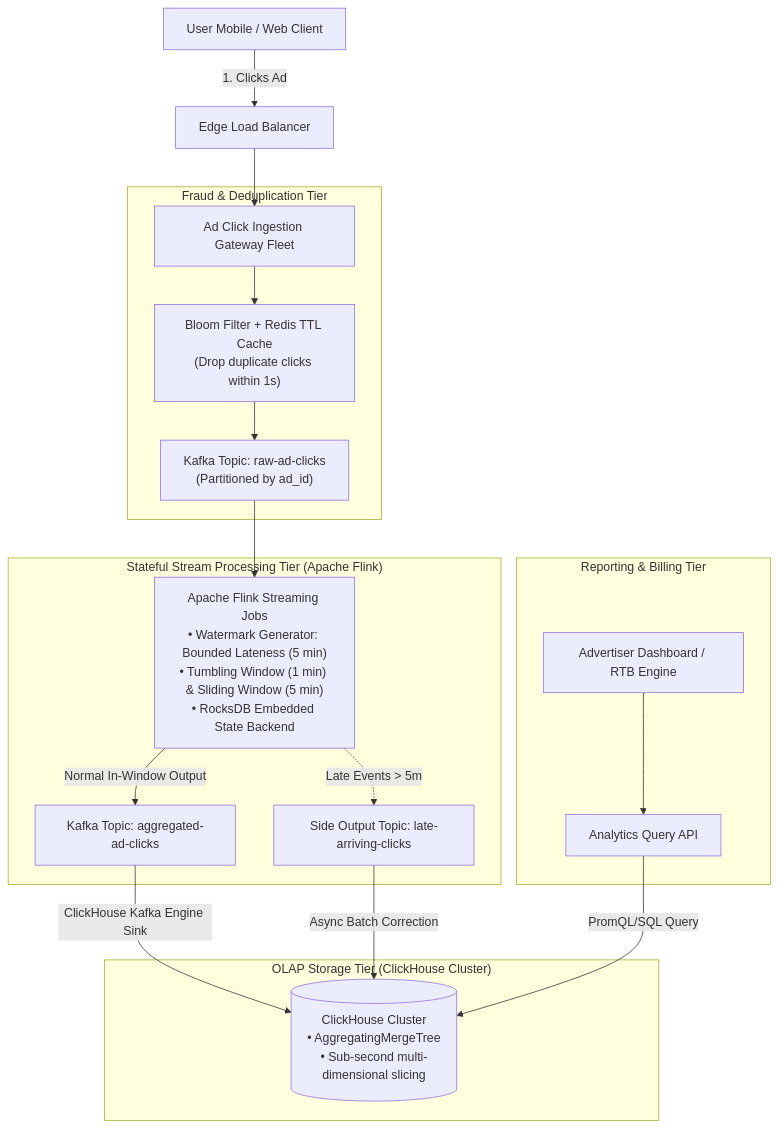
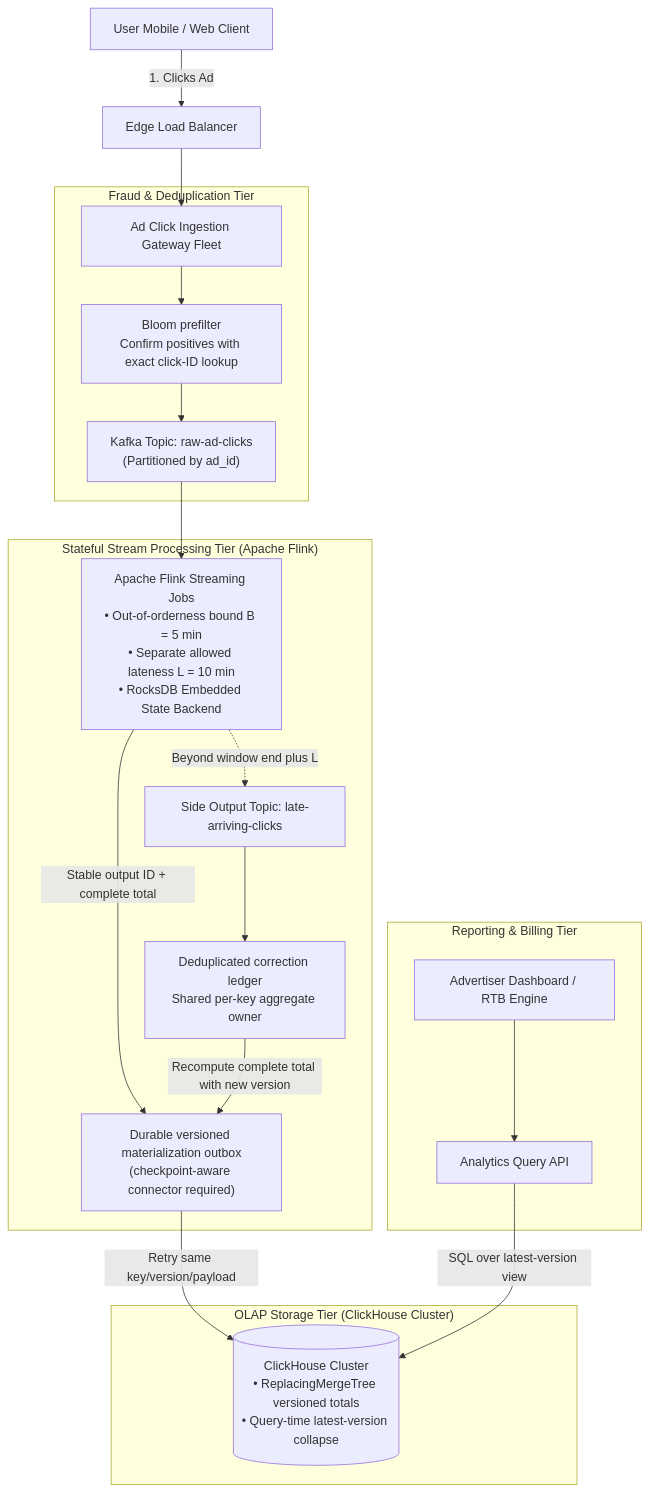
The first of 3 diagrams in 21. Ad Click Event Aggregation/README.md (abhinnaagrawal/system-design-notes), drawn with Mermaid before and after one commit. The commit also changed other lines of this file and 83 other files, not shown here.

````diff
--- a/21. Ad Click Event Aggregation/README.md
+++ b/21. Ad Click Event Aggregation/README.md
@@ -121,26 +125,27 @@
 ```mermaid
 flowchart TD
     User["User Mobile / Web Client"] -->|1. Clicks Ad| IngressLB["Edge Load Balancer"]
     IngressLB --> ClickCollector["Ad Click Ingestion Gateway Fleet"]
 
     subgraph FraudDeduplication["Fraud & Deduplication Tier"]
-        ClickCollector --> BloomFilter["Bloom Filter + Redis TTL Cache<br/>(Drop duplicate clicks within 1s)"]
+        ClickCollector --> BloomFilter["Bloom prefilter<br/>Confirm positives with exact click-ID lookup"]
         BloomFilter --> KafkaRaw["Kafka Topic: raw-ad-clicks<br/>(Partitioned by ad_id)"]
     end
 
     subgraph StreamingEngine["Stateful Stream Processing Tier (Apache Flink)"]
-        KafkaRaw --> FlinkWorker["Apache Flink Streaming Jobs<br/>• Watermark Generator: Bounded Lateness (5 min)<br/>• Tumbling Window (1 min) & Sliding Window (5 min)<br/>• RocksDB Embedded State Backend"]
-        FlinkWorker -->|Normal In-Window Output| KafkaAgg["Kafka Topic: aggregated-ad-clicks"]
-        FlinkWorker -.->|Late Events > 5m| SideOutput["Side Output Topic: late-arriving-clicks"]
+        KafkaRaw --> FlinkWorker["Apache Flink Streaming Jobs<br/>• Out-of-orderness bound B = 5 min<br/>• Separate allowed lateness L = 10 min<br/>• RocksDB Embedded State Backend"]
+        FlinkWorker -->|Stable output ID + complete total| KafkaAgg["Durable versioned materialization outbox<br/>(checkpoint-aware connector required)"]
+        FlinkWorker -.->|Beyond window end plus L| SideOutput["Side Output Topic: late-arriving-clicks"]
+        SideOutput --> Correction["Deduplicated correction ledger<br/>Shared per-key aggregate owner"]
+        Correction -->|Recompute complete total with new version| KafkaAgg
     end
 
     subgraph AnalyticsStore["OLAP Storage Tier (ClickHouse Cluster)"]
-        KafkaAgg -->|ClickHouse Kafka Engine Sink| CH_Agg[("ClickHouse Cluster<br/>• AggregatingMergeTree<br/>• Sub-second multi-dimensional slicing")]
-        SideOutput -->|Async Batch Correction| CH_Agg
+        KafkaAgg -->|Retry same key/version/payload| CH_Agg[("ClickHouse Cluster<br/>• ReplacingMergeTree versioned totals<br/>• Query-time latest-version collapse")]
     end
 
     subgraph QueryAPI["Reporting & Billing Tier"]
         Advertiser["Advertiser Dashboard / RTB Engine"] --> API["Analytics Query API"]
-        API -->|PromQL/SQL Query| CH_Agg
+        API -->|SQL over latest-version view| CH_Agg
     end
 ```
````
